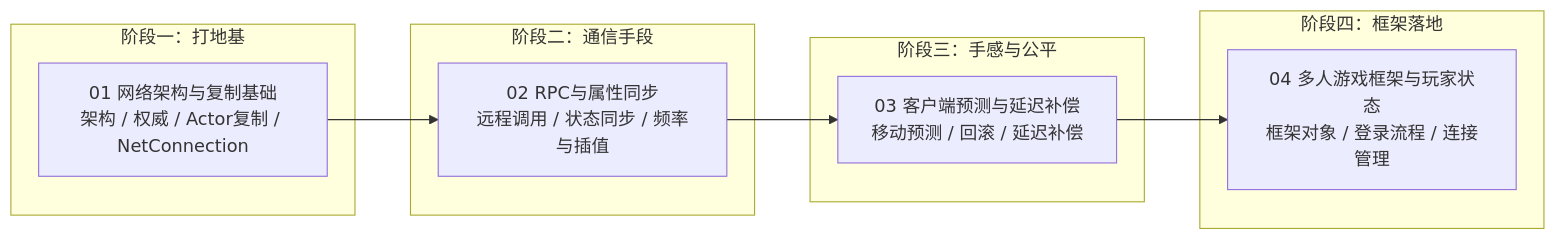
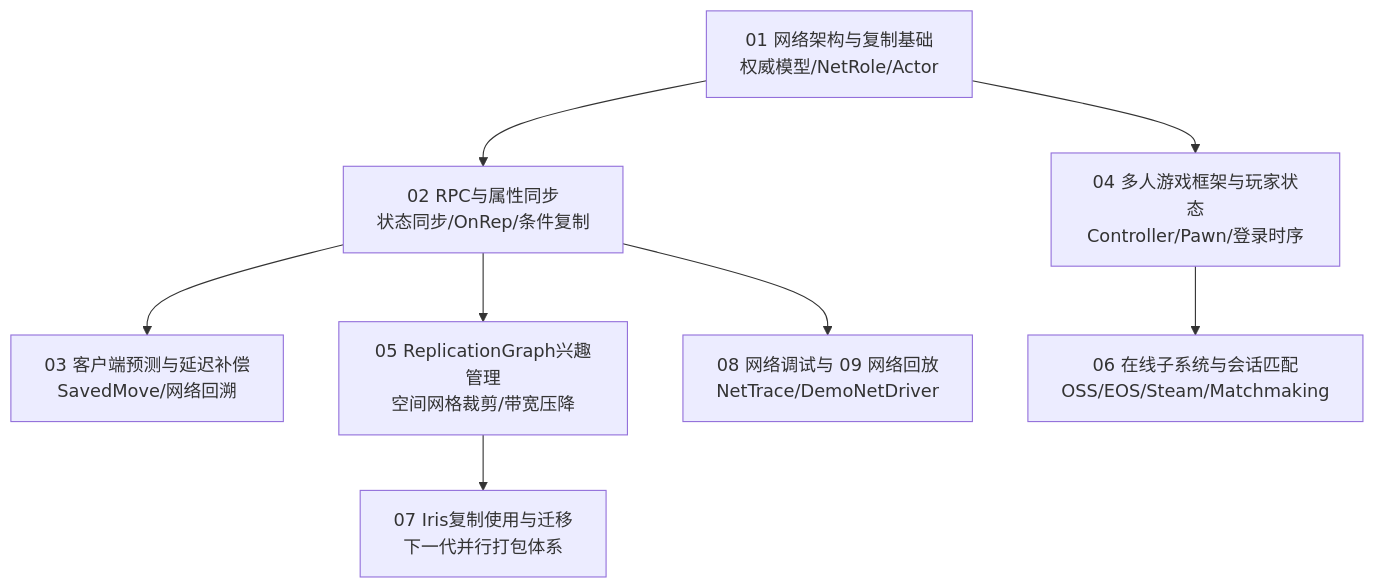
One commit to fantuan812/learning changed the diagram in 游戏知识/06-网络同步/README.md. Above: the diagram before and after it, drawn with Mermaid. The commit also changed other lines of this file and 38 other files, not shown here.

````diff
--- a/游戏知识/06-网络同步/README.md
+++ b/游戏知识/06-网络同步/README.md
@@ -36,16 +46,10 @@
 ```mermaid
-flowchart LR
-    subgraph 阶段一["阶段一：打地基"]
-        A["01 网络架构与复制基础<br/>架构 / 权威 / Actor复制 / NetConnection"]
-    end
-    subgraph 阶段二["阶段二：通信手段"]
-        B["02 RPC与属性同步<br/>远程调用 / 状态同步 / 频率与插值"]
-    end
-    subgraph 阶段三["阶段三：手感与公平"]
-        C["03 客户端预测与延迟补偿<br/>移动预测 / 回滚 / 延迟补偿"]
-    end
-    subgraph 阶段四["阶段四：框架落地"]
-        D["04 多人游戏框架与玩家状态<br/>框架对象 / 登录流程 / 连接管理"]
-    end
-    A --> B --> C --> D
+flowchart TD
+    A[01 网络架构与复制基础<br/>权威模型/NetRole/Actor] --> B[02 RPC与属性同步<br/>状态同步/OnRep/条件复制]
+    B --> C[03 客户端预测与延迟补偿<br/>SavedMove/网络回溯]
+    A --> D[04 多人游戏框架与玩家状态<br/>Controller/Pawn/登录时序]
+    B --> E[05 ReplicationGraph兴趣管理<br/>空间网格裁剪/带宽压降]
+    D --> F[06 在线子系统与会话匹配<br/>OSS/EOS/Steam/Matchmaking]
+    E --> G[07 Iris复制使用与迁移<br/>下一代并行打包体系]
+    B --> H[08 网络调试与 09 网络回放<br/>NetTrace/DemoNetDriver]
 ```
````
